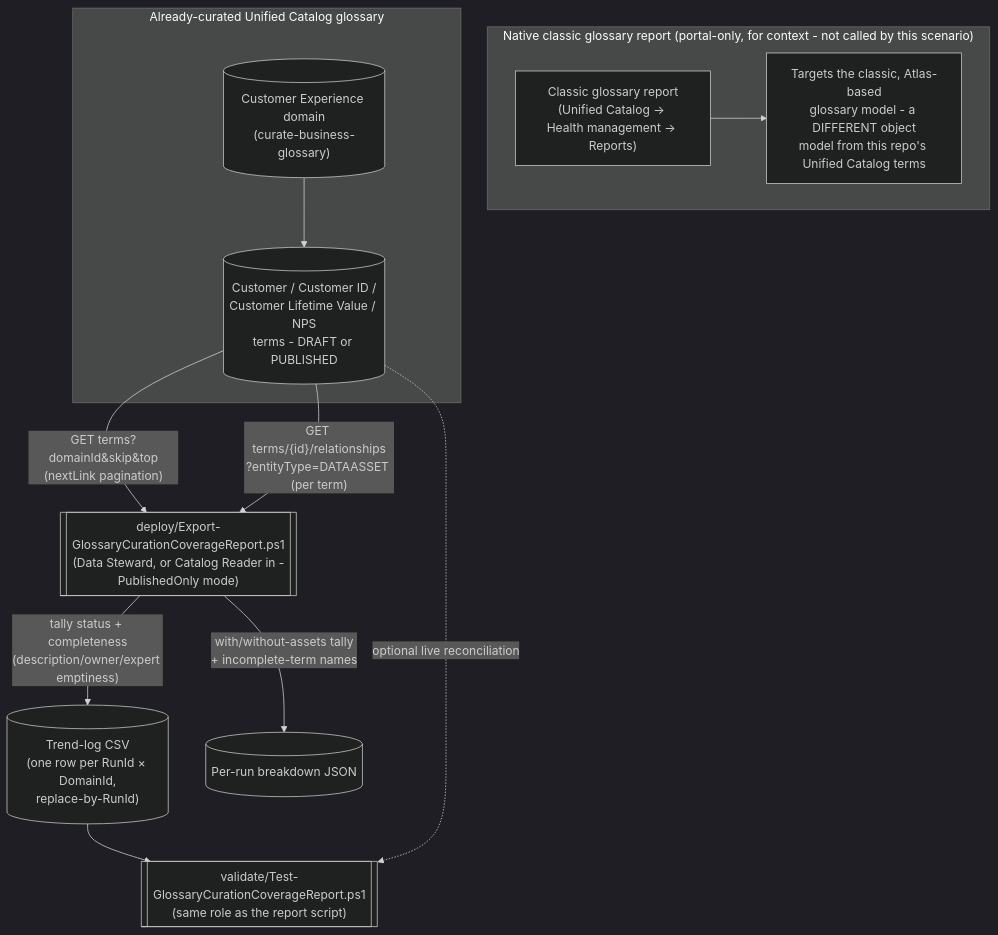
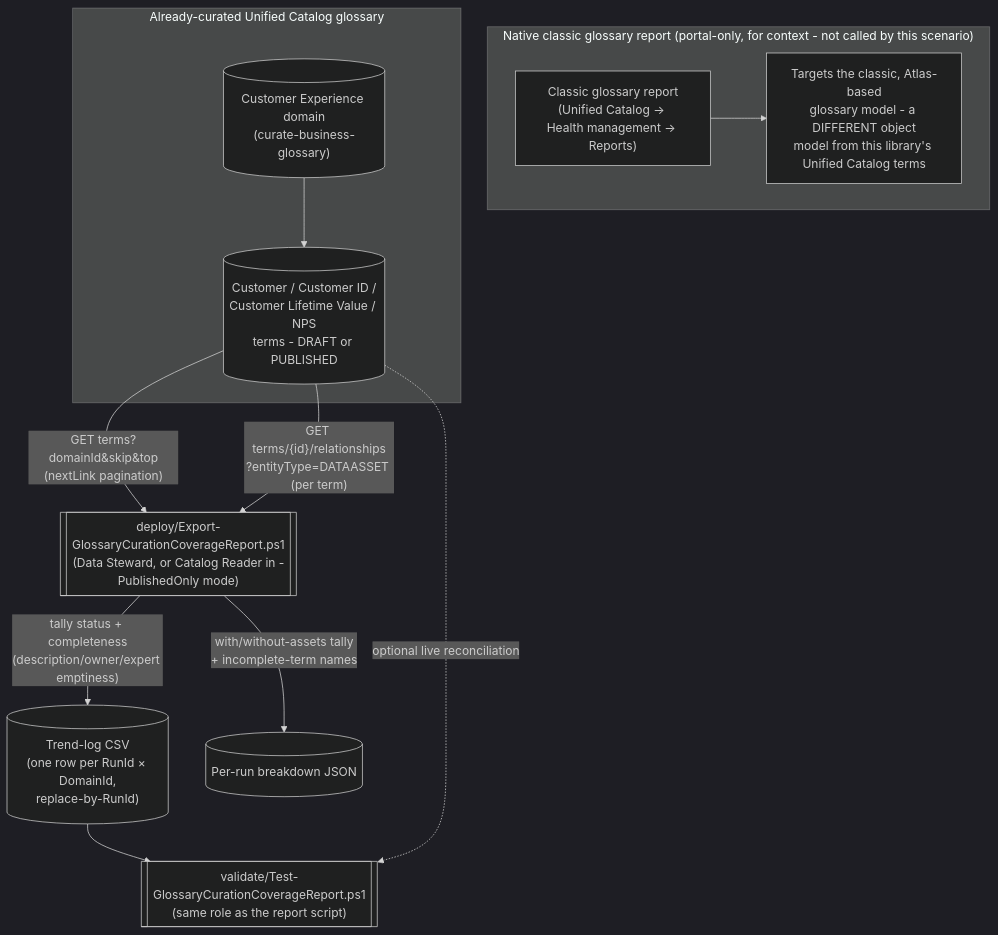
Before and after one commit to kpsec1/kpsec1.github.io: the diagram in src/content/scenarios/data-estate-insights/glossary-curation-coverage-report.md, drawn with Mermaid (dark theme). The commit also changed 269 other files, not shown here.

````diff
--- a/src/content/scenarios/data-estate-insights/glossary-curation-coverage-report.md
+++ b/src/content/scenarios/data-estate-insights/glossary-curation-coverage-report.md
@@ -59,24 +59,24 @@
 ```mermaid
 flowchart TD
     subgraph Native["Native classic glossary report (portal-only, for context - not called by this scenario)"]
         Insights["Classic glossary report<br/>(Unified Catalog → Health management → Reports)"]
-        ClassicModel["Targets the classic, Atlas-based<br/>glossary model - a DIFFERENT object<br/>model from this repo's Unified Catalog terms"]
+        ClassicModel["Targets the classic, Atlas-based<br/>glossary model - a DIFFERENT object<br/>model from this library's Unified Catalog terms"]
         Insights --> ClassicModel
     end
 
     subgraph Curated["Already-curated Unified Catalog glossary"]
         Domain[("Customer Experience domain<br/>(curate-business-glossary)")]
         Terms[("Customer / Customer ID /<br/>Customer Lifetime Value / NPS<br/>terms - DRAFT or PUBLISHED")]
         Domain --> Terms
     end
 
     Report[["deploy/Export-GlossaryCurationCoverageReport.ps1<br/>(Data Steward, or Catalog Reader in -PublishedOnly mode)"]]
     Terms -- "GET terms?domainId&skip&top<br/>(nextLink pagination)" --> Report
     Report -- "tally status + completeness<br/>(description/owner/expert emptiness)" --> Trend[("Trend-log CSV<br/>(one row per RunId × DomainId,<br/>replace-by-RunId)")]
     Terms -- "GET terms/{id}/relationships<br/>?entityType=DATAASSET (per term)" --> Report
     Report -- "with/without-assets tally<br/>+ incomplete-term names" --> Breakdown[("Per-run breakdown JSON")]
 
     Validator[["validate/Test-GlossaryCurationCoverageReport.ps1<br/>(same role as the report script)"]]
     Trend --> Validator
     Terms -. "optional live reconciliation" .-> Validator
 ```
````
